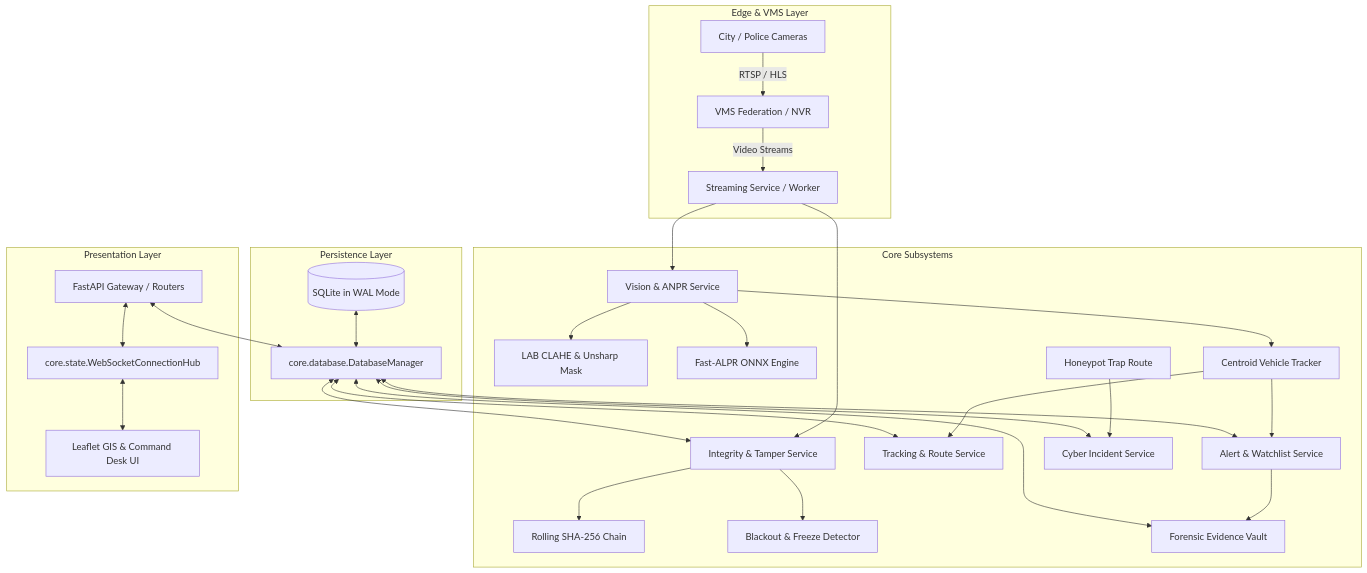
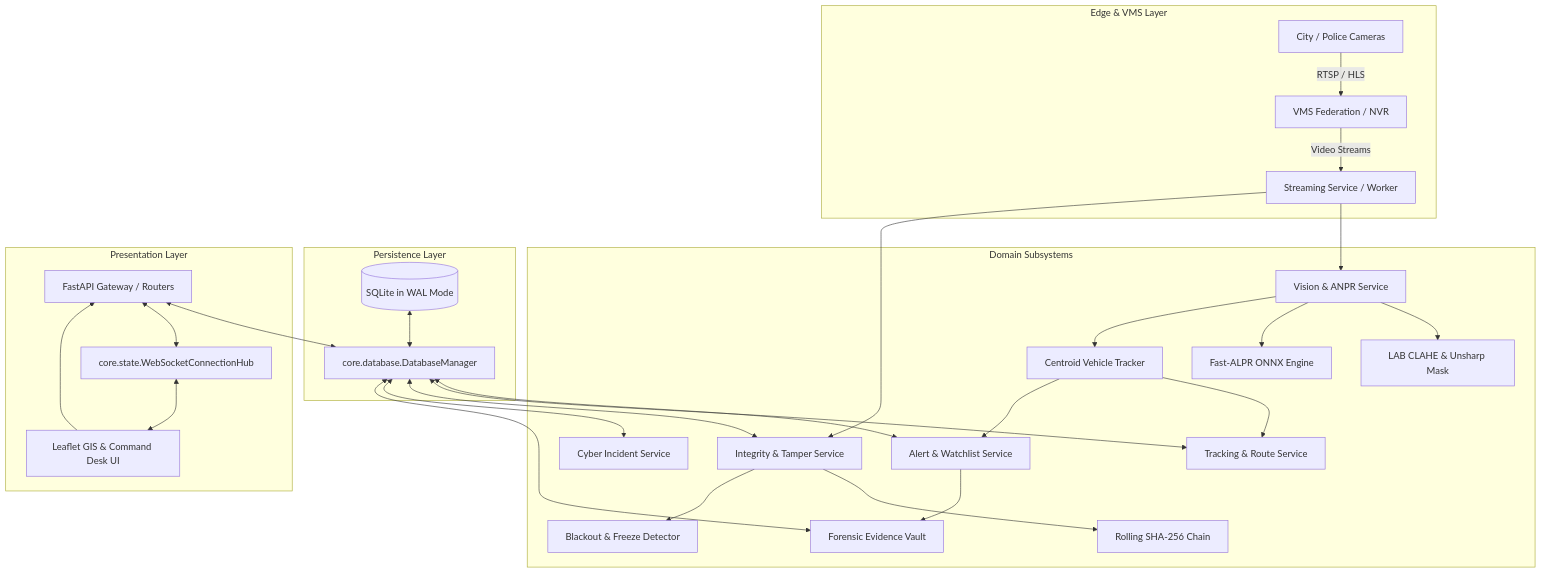
Before and after one commit to pishundhameliya/SentinelShield: the diagram in ARCHITECTURE.md, drawn with Mermaid. The commit also changed 1 other file, not shown here.

Commit message:
fix(docs): resolve Mermaid subgraph nesting and node ownership for GitHub renderer

````diff
--- a/ARCHITECTURE.md
+++ b/ARCHITECTURE.md
@@ -11,40 +11,58 @@
 ```mermaid
 flowchart TD
     subgraph Edge_VMS_Layer ["Edge & VMS Layer"]
-        CCTV["City / Police Cameras"] -->|"RTSP / HLS"| VMS["VMS Federation / NVR"]
-        VMS -->|"Video Streams"| StreamWorker["Streaming Service / Worker"]
+        CCTV["City / Police Cameras"] -->|RTSP / HLS| VMS["VMS Federation / NVR"]
+        VMS -->|Video Streams| StreamWorker["Streaming Service / Worker"]
     end
 
-    subgraph Core_Subsystems ["Core Subsystems"]
-        StreamWorker --> VisionService["Vision & ANPR Service"]
-        VisionService --> Deblur["LAB CLAHE & Unsharp Mask"]
-        VisionService --> FastALPR["Fast-ALPR ONNX Engine"]
-        VisionService --> Tracker["Centroid Vehicle Tracker"]
-        
-        StreamWorker --> IntegrityService["Integrity & Tamper Service"]
-        IntegrityService --> HashChain["Rolling SHA-256 Chain"]
-        IntegrityService --> TamperDet["Blackout & Freeze Detector"]
-        
-        Tracker --> TrackingService["Tracking & Route Service"]
-        Tracker --> AlertService["Alert & Watchlist Service"]
-        
-        Honeypot["Honeypot Trap Route"] --> CyberService["Cyber Incident Service"]
-        AlertService --> VaultService["Forensic Evidence Vault"]
+    subgraph Core_Subsystems ["Domain Subsystems"]
+        VisionService["Vision & ANPR Service"]
+        Deblur["LAB CLAHE & Unsharp Mask"]
+        FastALPR["Fast-ALPR ONNX Engine"]
+        Tracker["Centroid Vehicle Tracker"]
+        IntegrityService["Integrity & Tamper Service"]
+        HashChain["Rolling SHA-256 Chain"]
+        TamperDet["Blackout & Freeze Detector"]
+        TrackingService["Tracking & Route Service"]
+        AlertService["Alert & Watchlist Service"]
+        CyberService["Cyber Incident Service"]
+        VaultService["Forensic Evidence Vault"]
     end
 
     subgraph Persistence_Layer ["Persistence Layer"]
         DB[("SQLite in WAL Mode")]
-        DB <--> DBManager["core.database.DatabaseManager"]
-        DBManager <--> AlertService
-        DBManager <--> TrackingService
-        DBManager <--> IntegrityService
-        DBManager <--> CyberService
-        DBManager <--> VaultService
+        DBManager["core.database.DatabaseManager"]
     end
 
     subgraph Presentation_Layer ["Presentation Layer"]
-        FastAPI["FastAPI Gateway / Routers"] <--> DBManager
-        FastAPI <--> StateHub["core.state.WebSocketConnectionHub"]
-        StateHub <--> WebClient["Leaflet GIS & Command Desk UI"]
+        FastAPI["FastAPI Gateway / Routers"]
+        StateHub["core.state.WebSocketConnectionHub"]
+        WebClient["Leaflet GIS & Command Desk UI"]
     end
+
+    StreamWorker --> VisionService
+    VisionService --> Deblur
+    VisionService --> FastALPR
+    VisionService --> Tracker
+    
+    StreamWorker --> IntegrityService
+    IntegrityService --> HashChain
+    IntegrityService --> TamperDet
+    
+    Tracker --> TrackingService
+    Tracker --> AlertService
+    
+    AlertService --> VaultService
+
+    DB <--> DBManager
+    DBManager <--> AlertService
+    DBManager <--> TrackingService
+    DBManager <--> IntegrityService
+    DBManager <--> CyberService
+    DBManager <--> VaultService
+
+    FastAPI <--> DBManager
+    FastAPI <--> StateHub
+    StateHub <--> WebClient
+    WebClient --> FastAPI
 ```
````
